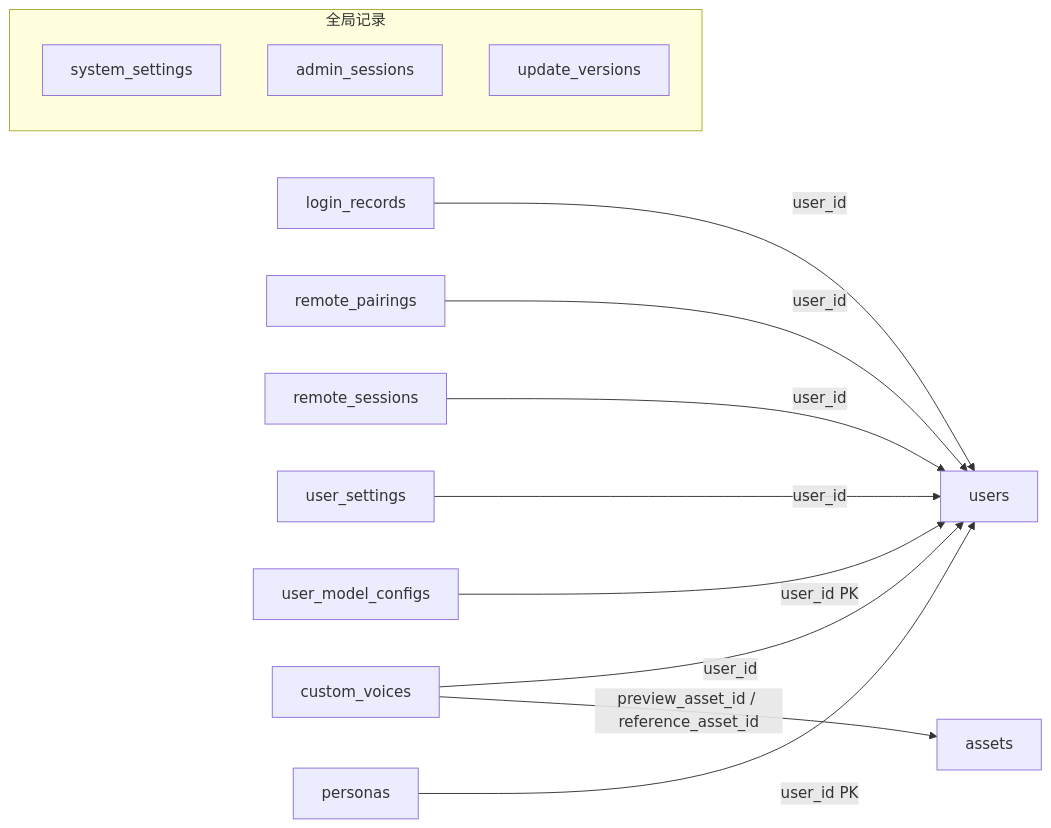
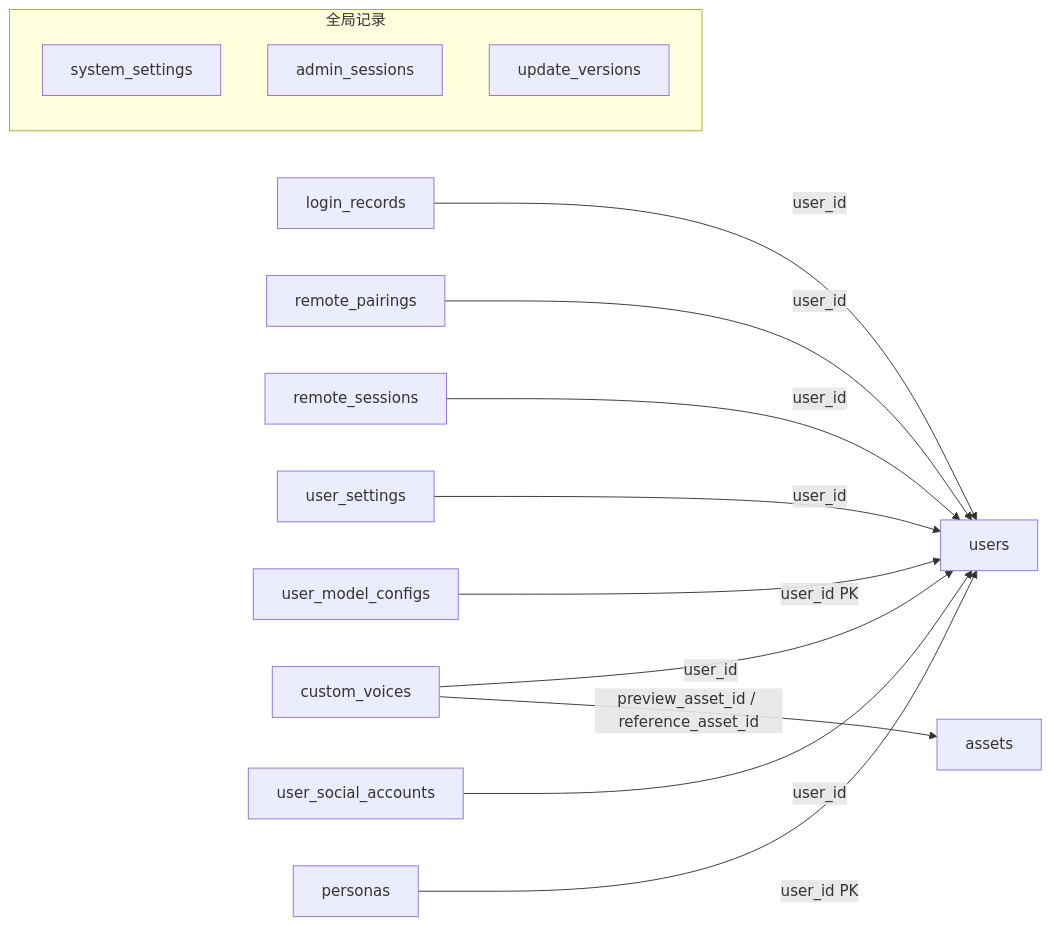
One commit to yangjinming1062/SpiritAgent changed the first of 8 diagrams in docs/DATABASE.md. Above: the diagram before and after it, drawn with Mermaid. The commit also changed other lines of this file and 60 other files, not shown here.

````diff
--- a/docs/DATABASE.md
+++ b/docs/DATABASE.md
@@ -18,16 +18,17 @@
 ```mermaid
 flowchart LR
     login_records -->|user_id| users
     remote_pairings -->|user_id| users
     remote_sessions -->|user_id| users
     user_settings -->|user_id| users
     custom_voices -->|user_id| users
     user_model_configs -->|user_id PK| users
+    user_social_accounts -->|user_id| users
     personas -->|user_id PK| users
     custom_voices -->|preview_asset_id / reference_asset_id| assets
     subgraph global_tables[全局记录]
         system_settings
         admin_sessions
         update_versions
     end
 ```
````
